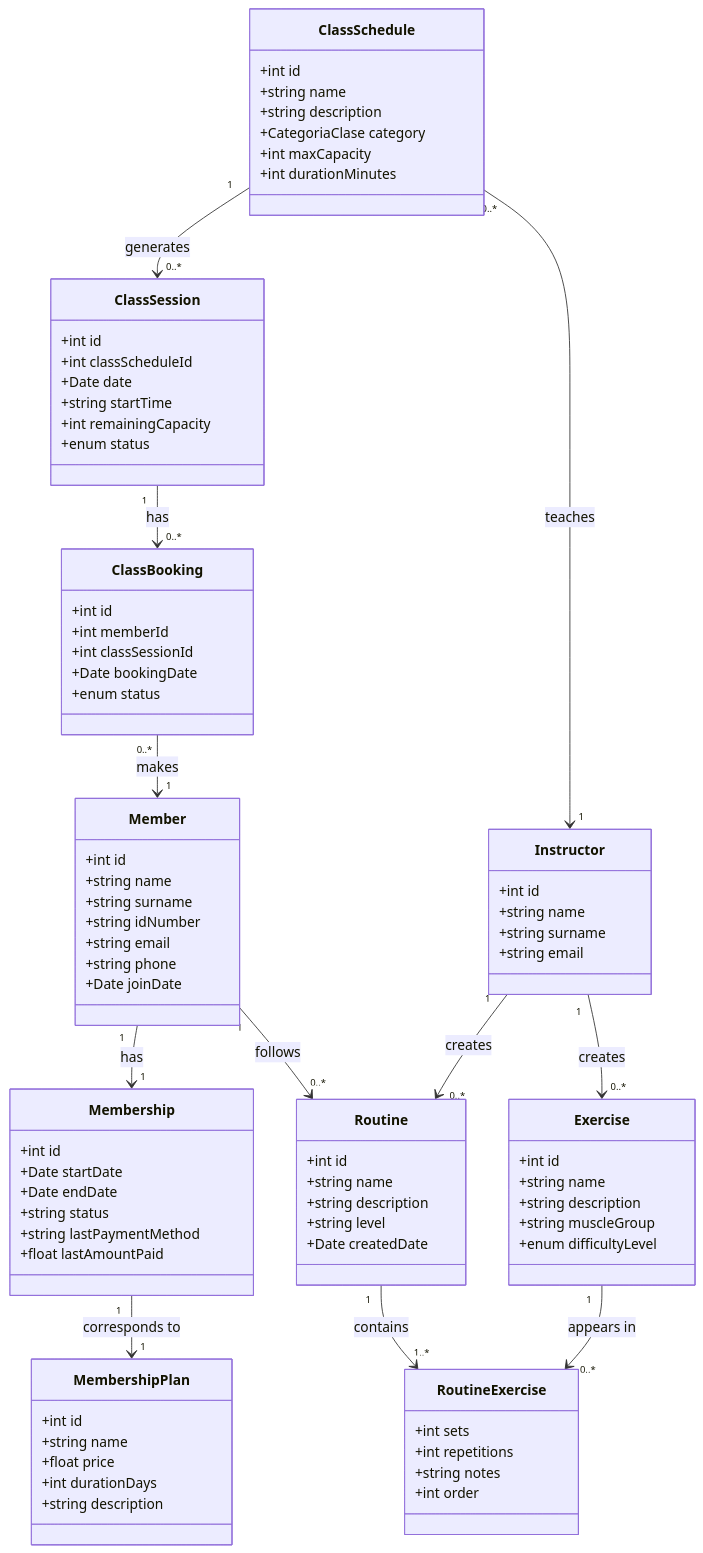
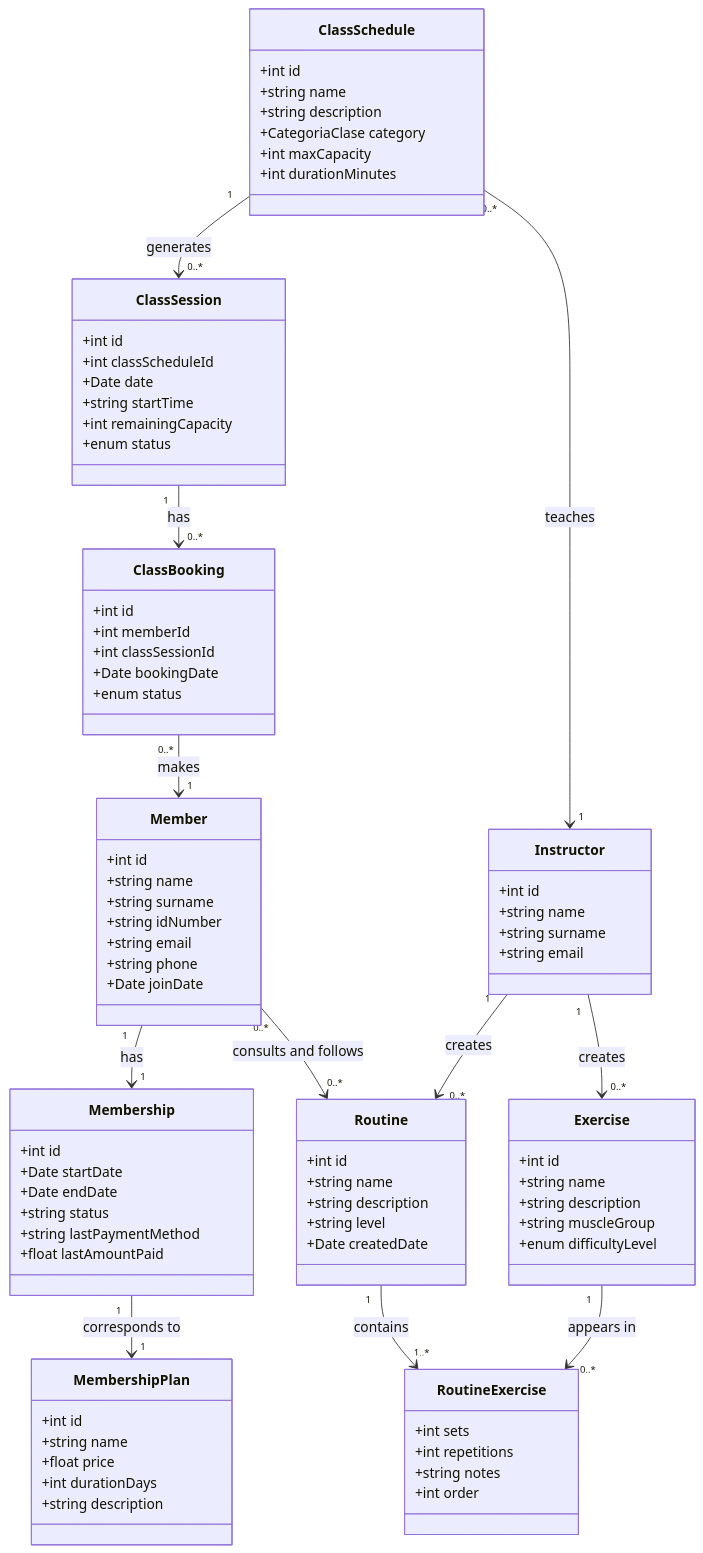
Before and after one commit to AlejoMistra/TP-DSW: the diagram in proposal.md, drawn with Mermaid. The commit also changed other lines of this file, not shown here.

```diff
--- a/proposal.md
+++ b/proposal.md
@@ -71,7 +70,7 @@
   +int id
   +int classScheduleId
   +Date date
-  +string startTime 
+  +string startTime
   +int remainingCapacity
   +enum status
 }
@@ -128,7 +127,7 @@
 ClassSchedule "0..*" --> "1" Instructor : teaches
 
 
-Member "1" --> "0..*" Routine : follows
+Member "0..*" --> "0..*" Routine : consults and follows
 Routine "1" --> "1..*" RoutineExercise : contains
 
 Instructor "1" --> "0..*" Routine : creates
```
